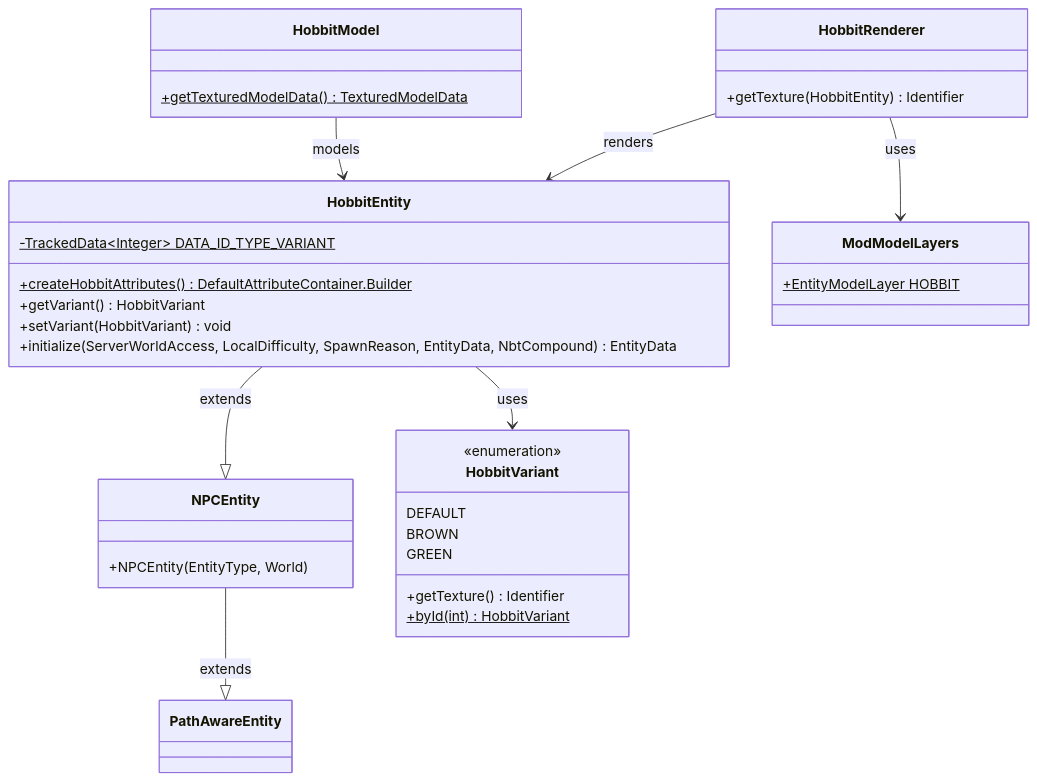
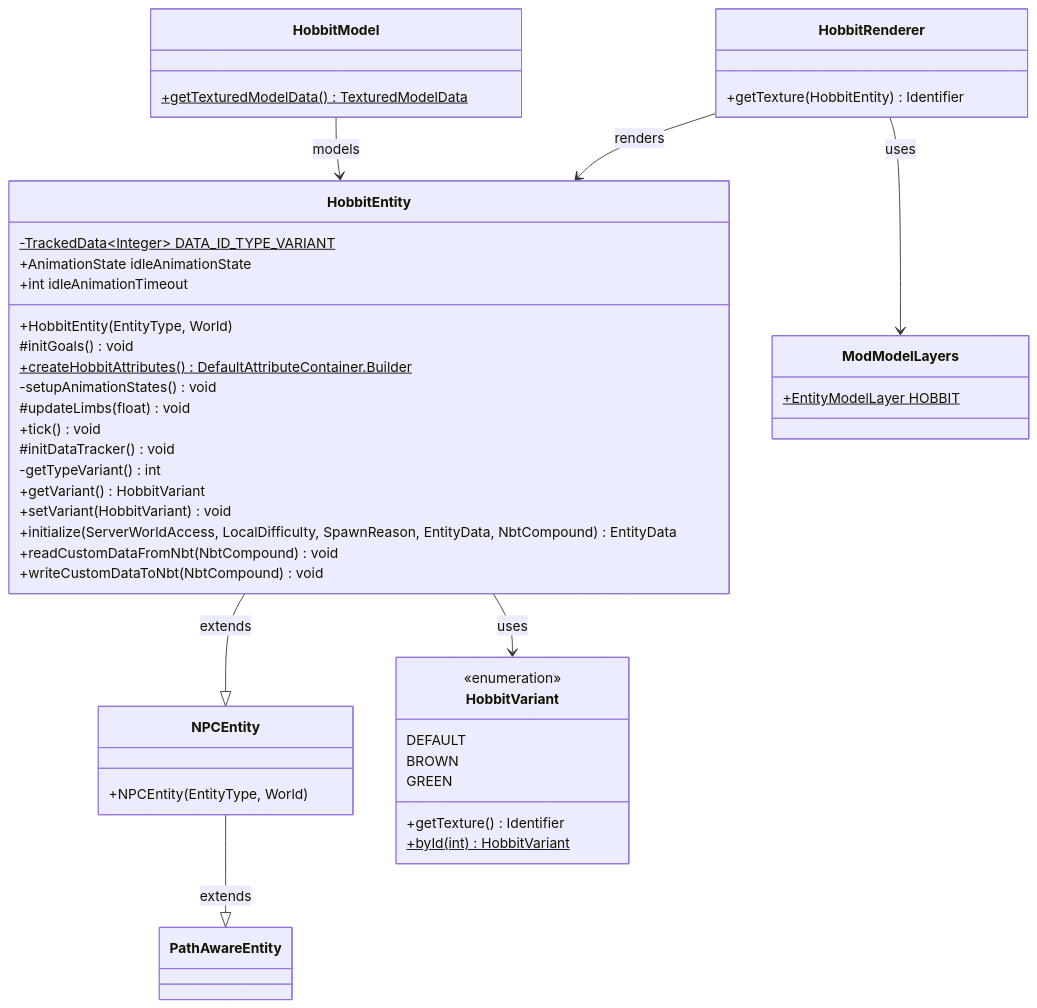
Before and after one commit to Lord-of-the-Rings-Middle-Earth-Mod/Lord-of-the-Rings-Middle-Earth-Mod: the second of 6 diagrams in classdiagram.md, drawn with Mermaid. The commit also changed other lines of this file, not shown here.

Commit message:
Add comprehensive missing methods, attributes, and classes to class diagram

````diff
--- a/classdiagram.md
+++ b/classdiagram.md
@@ -89,47 +133,58 @@
 ```mermaid
 classDiagram
     direction TB
     
     class NPCEntity {
         +NPCEntity(EntityType, World)
     }
 
     class HobbitEntity {
         -TrackedData~Integer~ DATA_ID_TYPE_VARIANT$
+        +AnimationState idleAnimationState
+        +int idleAnimationTimeout
+        +HobbitEntity(EntityType, World)
+        #initGoals() void
         +createHobbitAttributes() DefaultAttributeContainer.Builder$
+        -setupAnimationStates() void
+        #updateLimbs(float) void
+        +tick() void
+        #initDataTracker() void
+        -getTypeVariant() int
         +getVariant() HobbitVariant
         +setVariant(HobbitVariant) void
         +initialize(ServerWorldAccess, LocalDifficulty, SpawnReason, EntityData, NbtCompound) EntityData
+        +readCustomDataFromNbt(NbtCompound) void
+        +writeCustomDataToNbt(NbtCompound) void
     }
 
     class HobbitVariant {
         <<enumeration>>
         DEFAULT
         BROWN
         GREEN
         +getTexture() Identifier
         +byId(int) HobbitVariant$
     }
 
     class HobbitModel {
         +getTexturedModelData() TexturedModelData$
     }
 
     class HobbitRenderer {
         +getTexture(HobbitEntity) Identifier
     }
 
     class ModModelLayers {
         +EntityModelLayer HOBBIT$
     }
 
     %% Inheritance
     NPCEntity --|> PathAwareEntity : extends
     HobbitEntity --|> NPCEntity : extends
 
     %% Usage relationships
     HobbitEntity --> HobbitVariant : uses
     HobbitRenderer --> HobbitEntity : renders
     HobbitModel --> HobbitEntity : models
     HobbitRenderer --> ModModelLayers : uses
 ```
````
